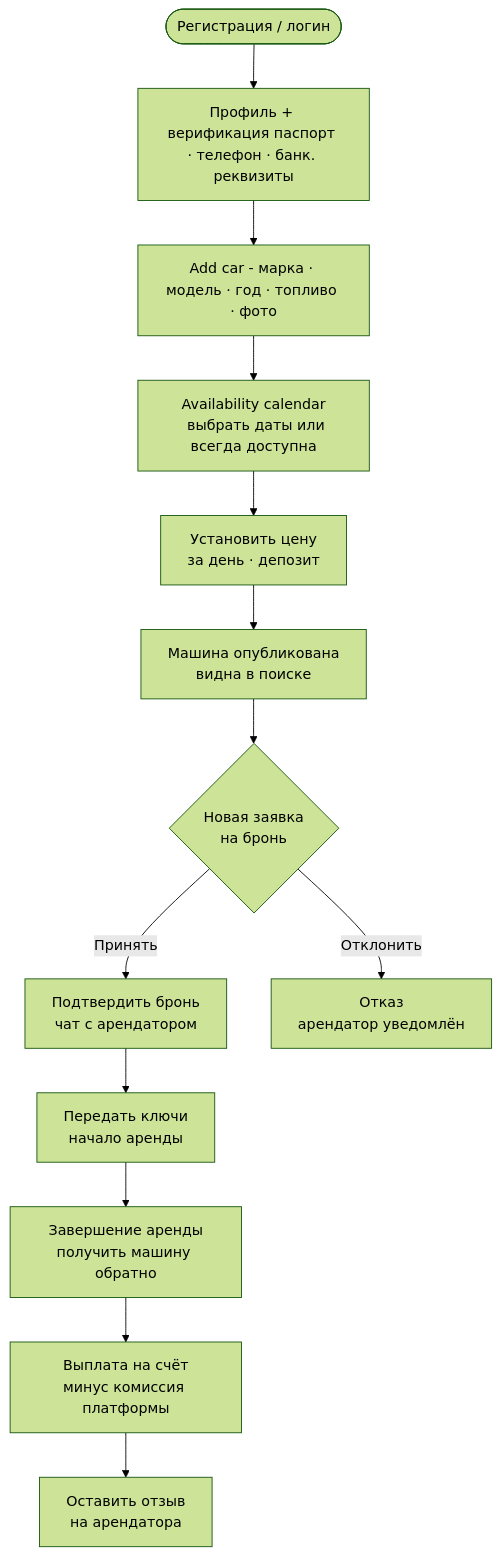
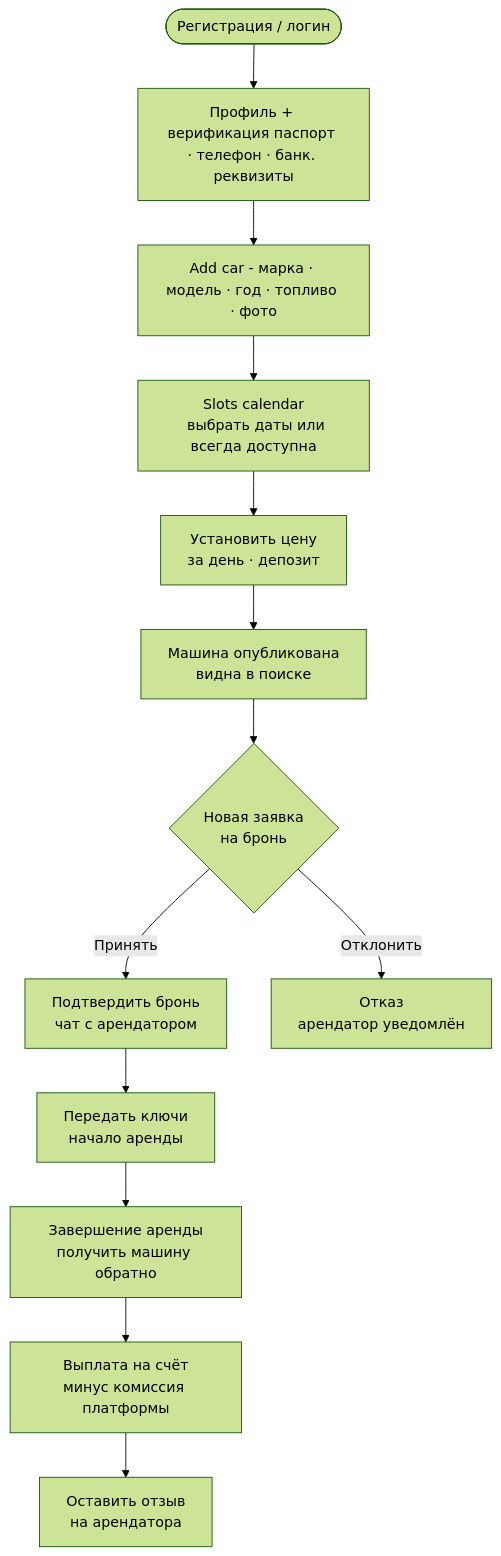
Before and after one commit to serhiihliievyi-max/Docs: the diagram in user-flow-owner.md, drawn with Mermaid (forest theme). The commit also changed other lines of this file and 5 other files, not shown here.

````diff
--- a/user-flow-owner.md
+++ b/user-flow-owner.md
@@ -11,21 +11,21 @@
 ```mermaid
 flowchart TD
   A([Регистрация / логин]) --> B[Профиль + верификация паспорт · телефон · банк. реквизиты]
   B --> C[Add car - марка · модель · год · топливо · фото]
-  C --> D[Availability calendar
+  C --> D[Slots calendar
   выбрать даты или всегда доступна]
   D --> E[Установить цену
   за день · депозит]
   E --> F[Машина опубликована
   видна в поиске]
   F --> G{Новая заявка
   на бронь}
   G -->|Принять| H[Подтвердить бронь
   чат с арендатором]
   G -->|Отклонить| I[Отказ\nарендатор уведомлён]
   H --> J[Передать ключи\nначало аренды]
   J --> K[Завершение аренды\nполучить машину обратно]
   K --> L[Выплата на счёт\nминус комиссия платформы]
   L --> M[Оставить отзыв
   на арендатора]
 ```
````
